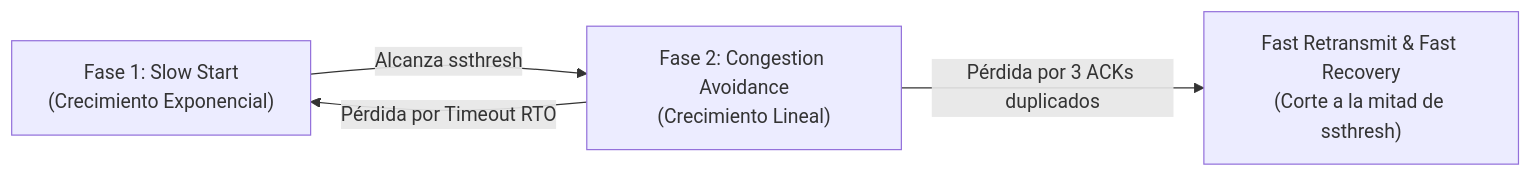
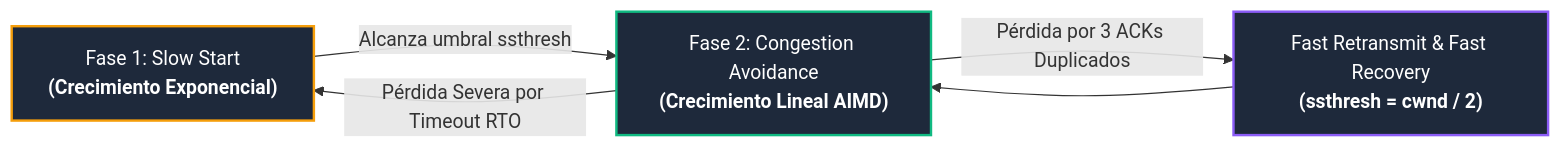
Before and after one commit to ch4rf/redes-computadoras: the second of 2 diagrams in Teoria/Modulo_1_Capa_Transporte/02_Protocolo_TCP.md, drawn with Mermaid. The commit also changed other lines of this file and 12 other files, not shown here.

Commit message:
fix: reemplazar arte ascii por diagramas nativos mermaid y tablas responsivas para obsidian y vscode

````diff
--- a/Teoria/Modulo_1_Capa_Transporte/02_Protocolo_TCP.md
+++ b/Teoria/Modulo_1_Capa_Transporte/02_Protocolo_TCP.md
@@ -110,6 +109,11 @@
 ```mermaid
-graph LR
-    A["Fase 1: Slow Start<br/>(Crecimiento Exponencial)"] -->|Alcanza ssthresh| B["Fase 2: Congestion Avoidance<br/>(Crecimiento Lineal)"]
-    B -->|Pérdida por 3 ACKs duplicados| C["Fast Retransmit & Fast Recovery<br/>(Corte a la mitad de ssthresh)"]
-    B -->|Pérdida por Timeout RTO| A
+flowchart LR
+    A["Fase 1: Slow Start<br/><b>(Crecimiento Exponencial)</b>"] -->|"Alcanza umbral ssthresh"| B["Fase 2: Congestion Avoidance<br/><b>(Crecimiento Lineal AIMD)</b>"]
+    B -->|"Pérdida por 3 ACKs Duplicados"| C["Fast Retransmit & Fast Recovery<br/><b>(ssthresh = cwnd / 2)</b>"]
+    B -->|"Pérdida Severa por Timeout RTO"| A
+    C --> B
+
+    style A fill:#1e293b,stroke:#f59e0b,stroke-width:2px,color:#fff
+    style B fill:#1e293b,stroke:#10b981,stroke-width:2px,color:#fff
+    style C fill:#1e293b,stroke:#8b5cf6,stroke-width:2px,color:#fff
 ```
````
